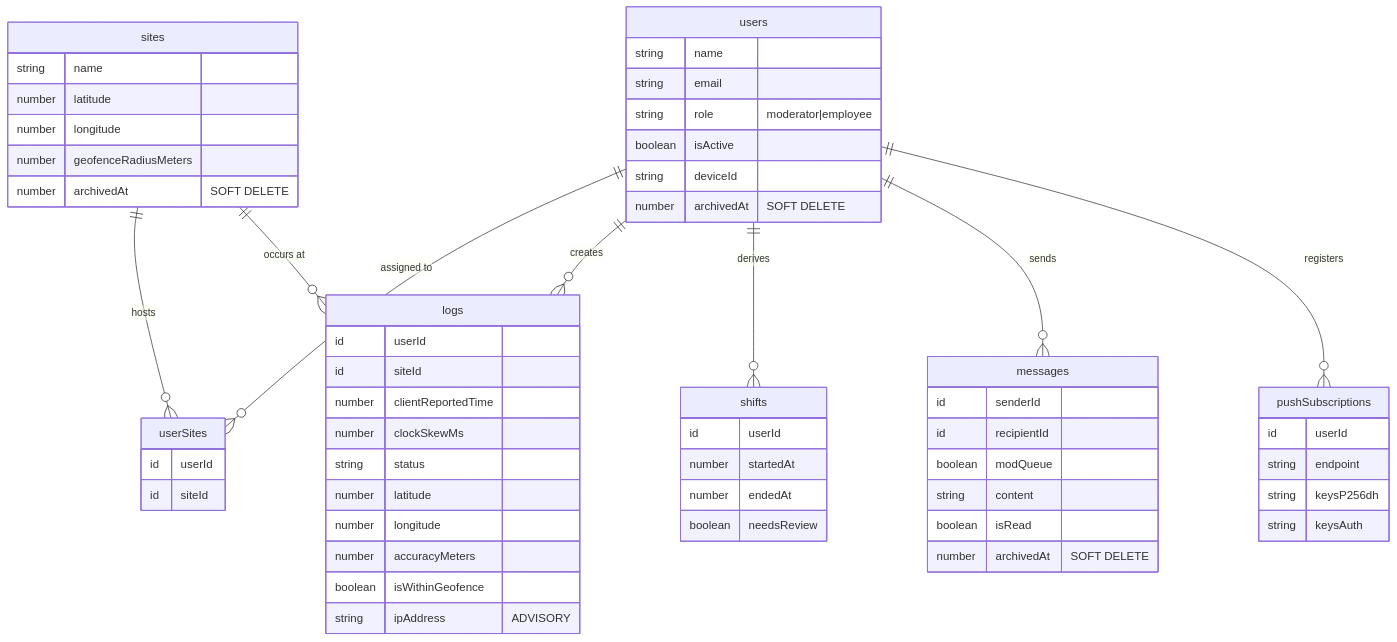
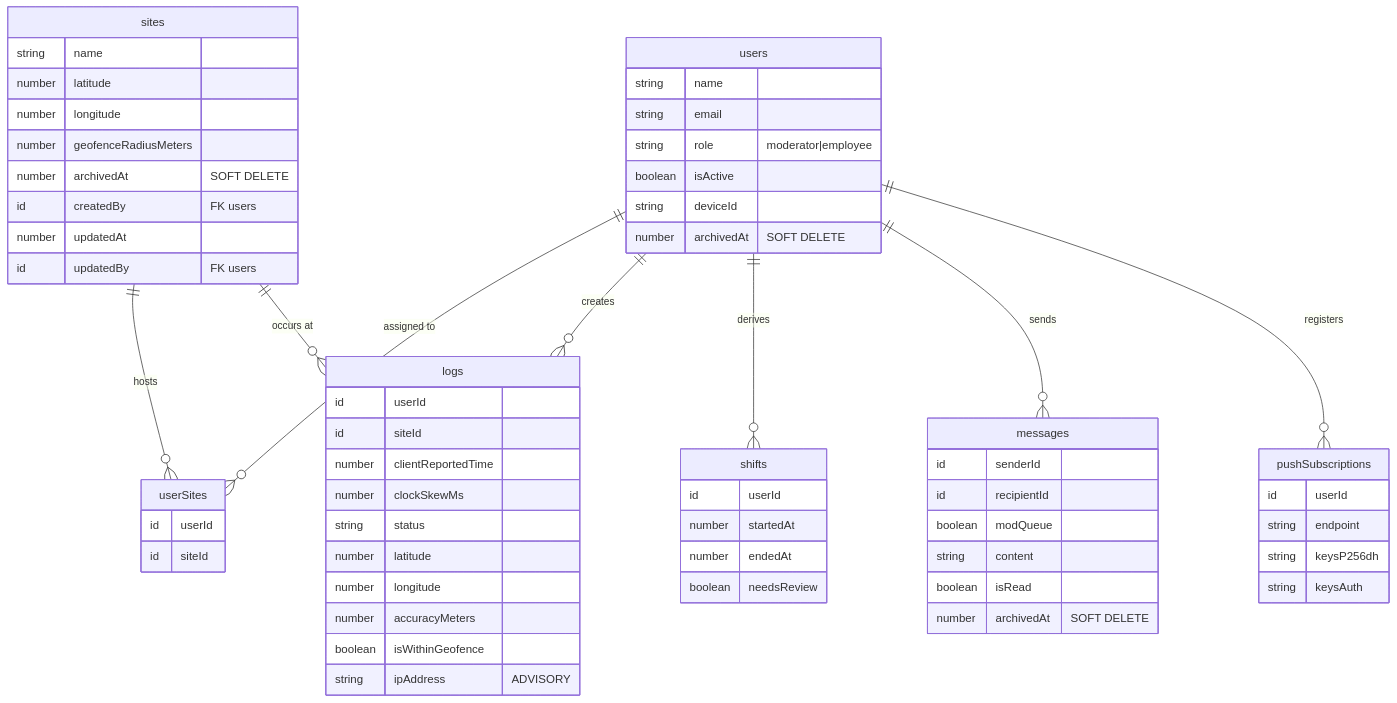
One commit to TeacherEvan/J-pay changed the second of 5 diagrams in j-pay.md. Above: the diagram before and after it, drawn with Mermaid. The commit also changed other lines of this file and 2 other files, not shown here.

````diff
--- a/j-pay.md
+++ b/j-pay.md
@@ -312,62 +315,65 @@
 ```mermaid
 erDiagram
     users ||--o{ userSites : "assigned to"
     sites ||--o{ userSites : "hosts"
     users ||--o{ logs : "creates"
     sites ||--o{ logs : "occurs at"
     users ||--o{ shifts : "derives"
     users ||--o{ messages : "sends"
     users ||--o{ pushSubscriptions : "registers"
 
     users {
         string name
         string email
         string role "moderator|employee"
         boolean isActive
         string deviceId
         number archivedAt "SOFT DELETE"
     }
     sites {
         string name
         number latitude
         number longitude
         number geofenceRadiusMeters
         number archivedAt "SOFT DELETE"
+        id createdBy "FK users"
+        number updatedAt
+        id updatedBy "FK users"
     }
     userSites {
         id userId
         id siteId
     }
     logs {
         id userId
         id siteId
         number clientReportedTime
         number clockSkewMs
         string status
         number latitude
         number longitude
         number accuracyMeters
         boolean isWithinGeofence
         string ipAddress "ADVISORY"
     }
     shifts {
         id userId
         number startedAt
         number endedAt
         boolean needsReview
     }
     messages {
         id senderId
         id recipientId
         boolean modQueue
         string content
         boolean isRead
         number archivedAt "SOFT DELETE"
     }
     pushSubscriptions {
         id userId
         string endpoint
         string keysP256dh
         string keysAuth
     }
 ```
````
